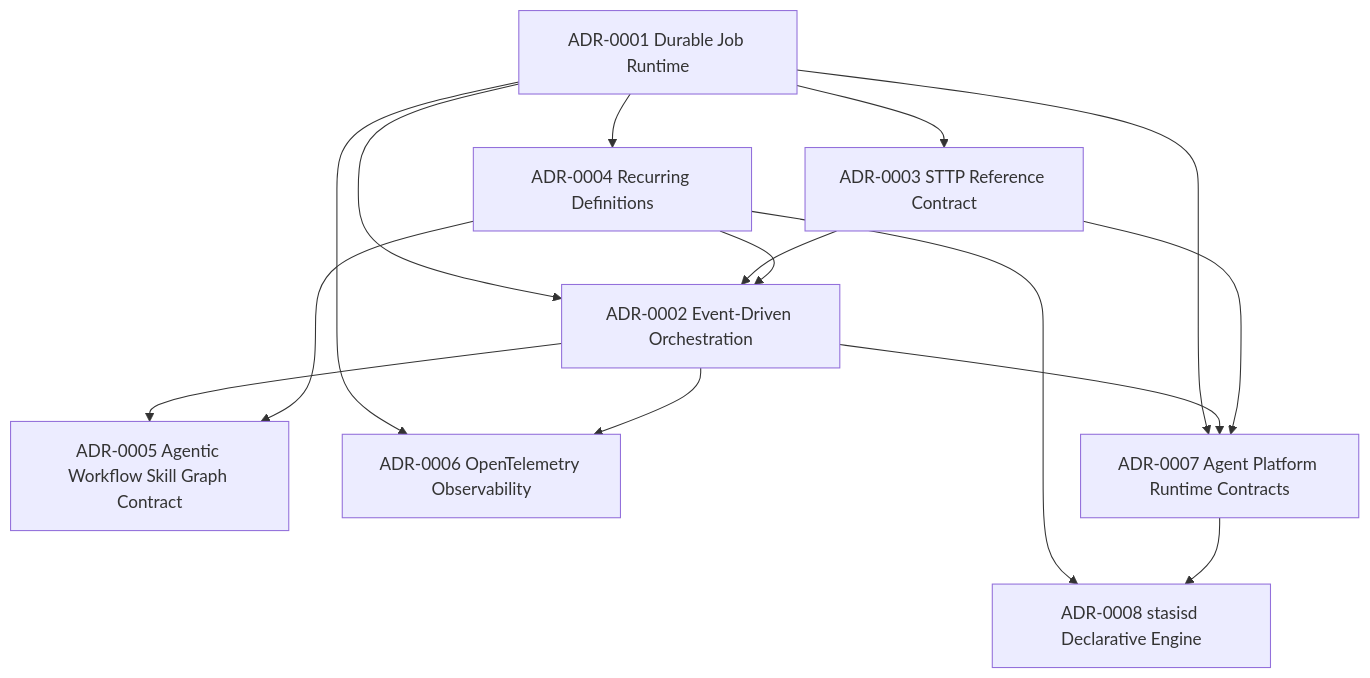
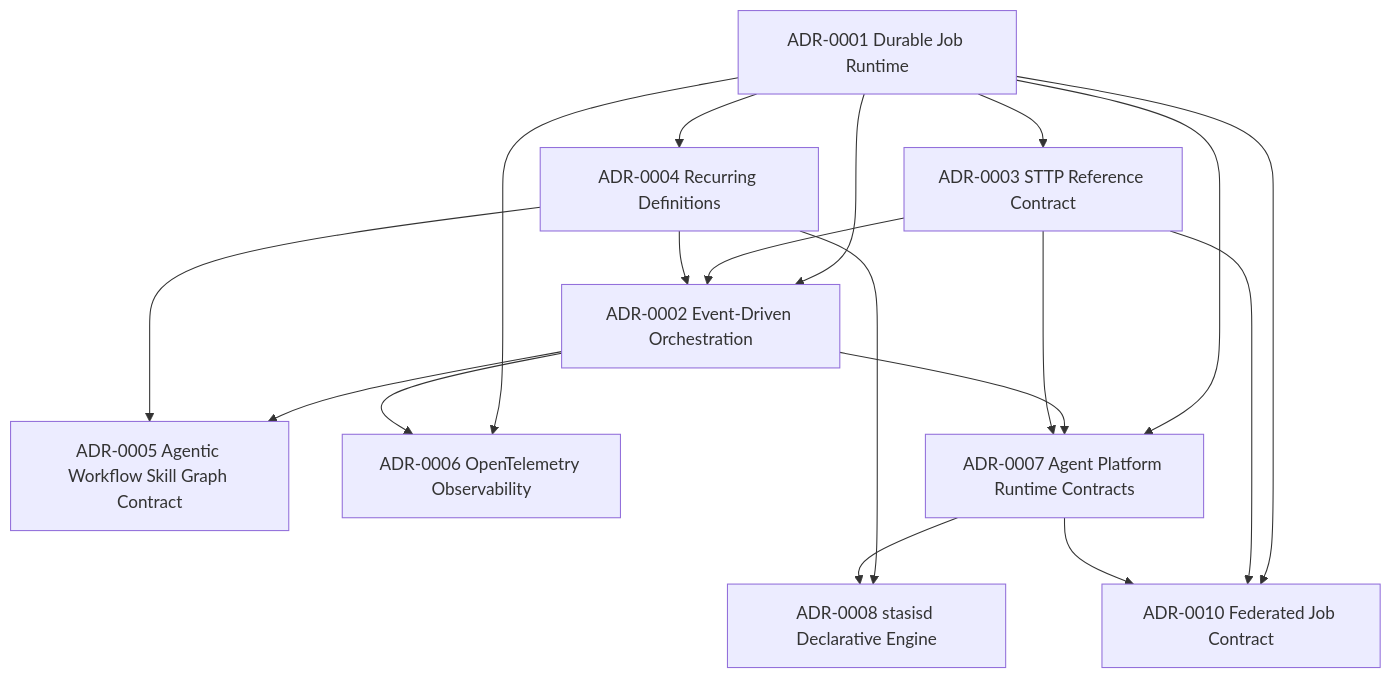
Before and after one commit to EntasisLabs/stasis: the diagram in docs/adr/README.md, drawn with Mermaid. The commit also changed other lines of this file and 51 other files, not shown here.

First line of the commit message:
feat: add runtime-neutral federated job contract

````diff
--- a/docs/adr/README.md
+++ b/docs/adr/README.md
@@ -36,17 +37,20 @@
 ```mermaid
 flowchart TD
   A1[ADR-0001 Durable Job Runtime] --> A2[ADR-0002 Event-Driven Orchestration]
   A1 --> A3[ADR-0003 STTP Reference Contract]
   A1 --> A4[ADR-0004 Recurring Definitions]
   A2 --> A5[ADR-0005 Agentic Workflow Skill Graph Contract]
   A4 --> A5
   A3 --> A2
   A4 --> A2
   A1 --> A6[ADR-0006 OpenTelemetry Observability]
   A2 --> A6
   A1 --> A7[ADR-0007 Agent Platform Runtime Contracts]
   A2 --> A7
   A3 --> A7
   A4 --> A8[ADR-0008 stasisd Declarative Engine]
   A7 --> A8
+  A1 --> A10[ADR-0010 Federated Job Contract]
+  A3 --> A10
+  A7 --> A10
 ```
````
